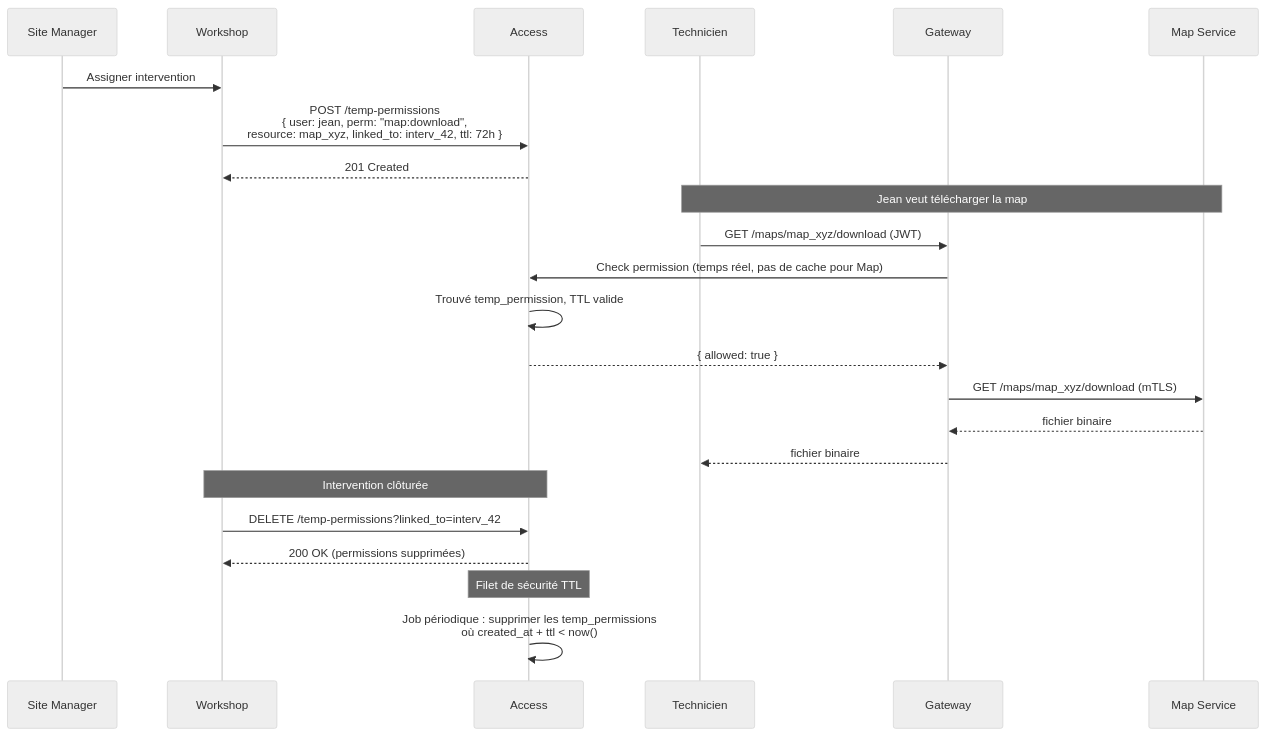
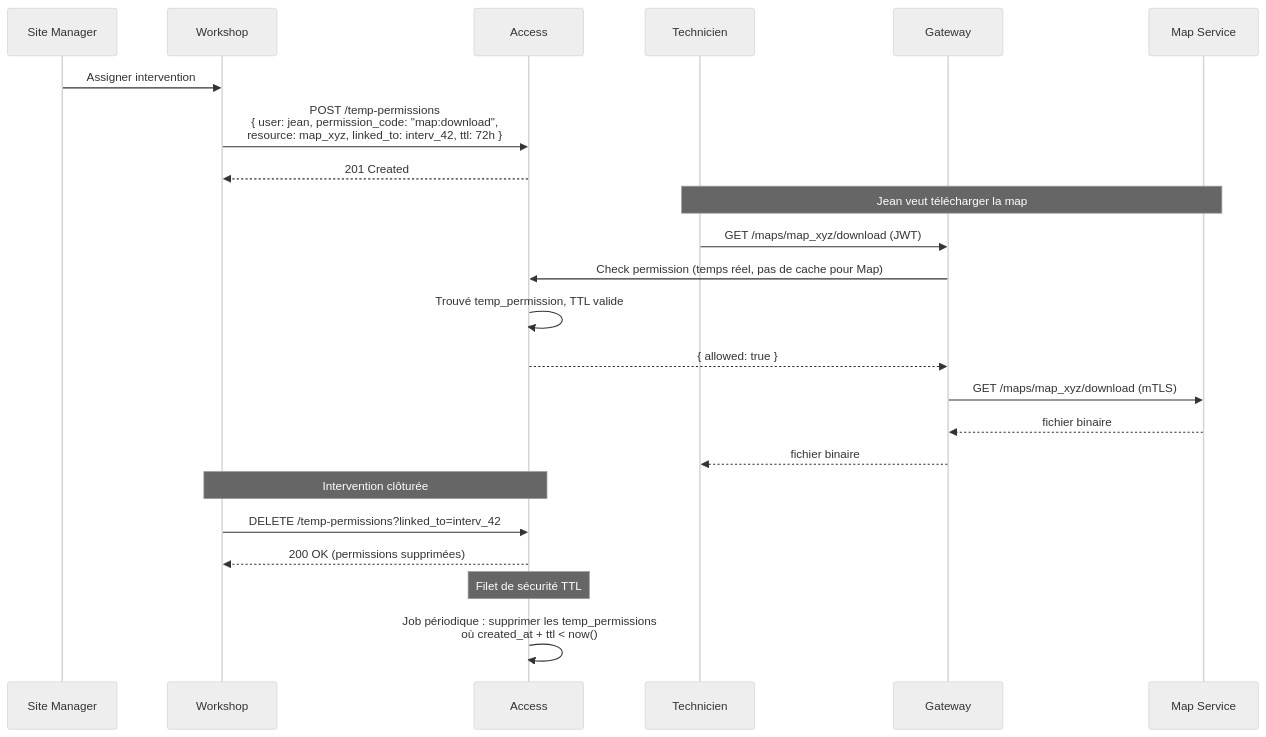
One commit to radu-lzr/dynaflow changed the eighth of 8 diagrams in dynolab/ARCHITECTURE.md. Above: the diagram before and after it, drawn with Mermaid (neutral theme). The commit also changed other lines of this file and 137 other files, not shown here.

````diff
--- a/dynolab/ARCHITECTURE.md
+++ b/dynolab/ARCHITECTURE.md
@@ -341,31 +341,31 @@
 ```mermaid
 sequenceDiagram
     participant SM as Site Manager
     participant WS as Workshop
     participant AC as Access
     participant TE as Technicien
     participant GW as Gateway
     participant MAP as Map Service
 
     SM->>WS: Assigner intervention #42 à Jean (map: map_xyz)
-    WS->>AC: POST /temp-permissions<br/>{ user: jean, perm: "map:download",<br/>resource: map_xyz, linked_to: interv_42, ttl: 72h }
+    WS->>AC: POST /temp-permissions<br/>{ user: jean, permission_code: "map:download",<br/>resource: map_xyz, linked_to: interv_42, ttl: 72h }
     AC-->>WS: 201 Created
 
     Note over TE,MAP: Jean veut télécharger la map
 
     TE->>GW: GET /maps/map_xyz/download (JWT)
     GW->>AC: Check permission (temps réel, pas de cache pour Map)
     AC->>AC: Trouvé temp_permission, TTL valide
     AC-->>GW: { allowed: true }
     GW->>MAP: GET /maps/map_xyz/download (mTLS)
     MAP-->>GW: fichier binaire
     GW-->>TE: fichier binaire
 
     Note over WS,AC: Intervention clôturée
 
     WS->>AC: DELETE /temp-permissions?linked_to=interv_42
     AC-->>WS: 200 OK (permissions supprimées)
 
     Note over AC: Filet de sécurité TTL
     AC->>AC: Job périodique : supprimer les temp_permissions<br/>où created_at + ttl < now()
 ```
````
